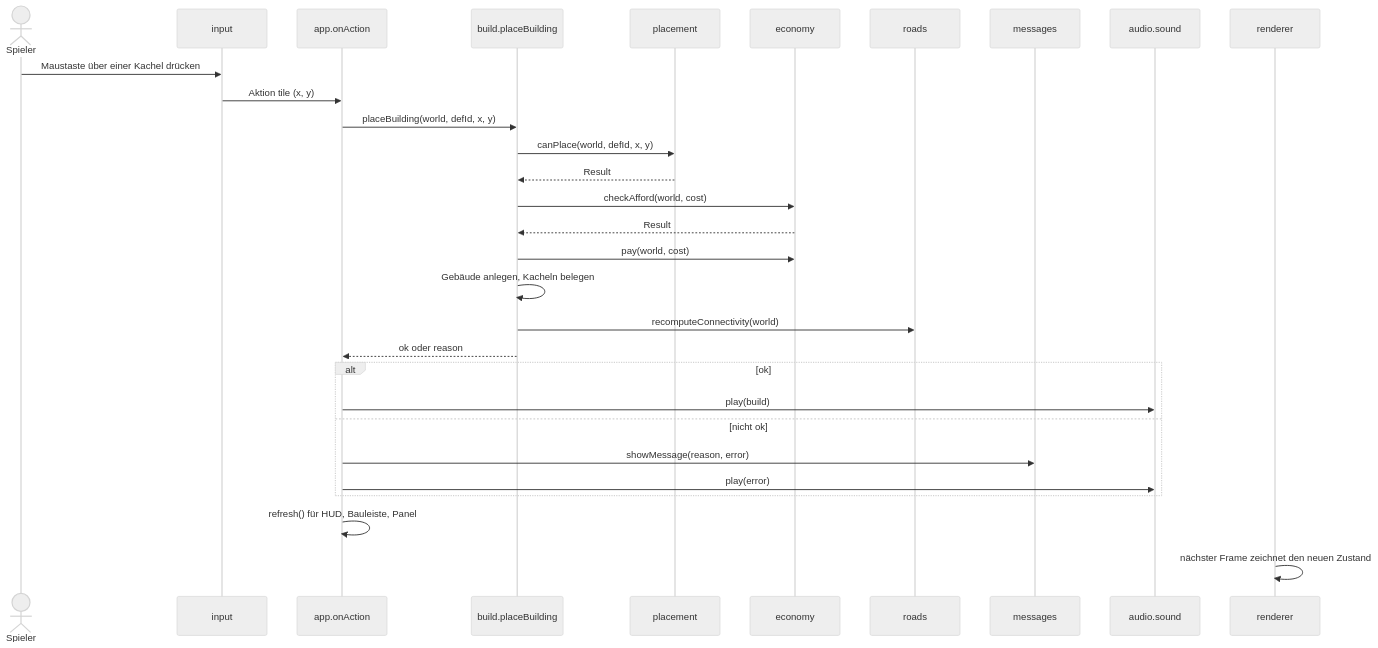
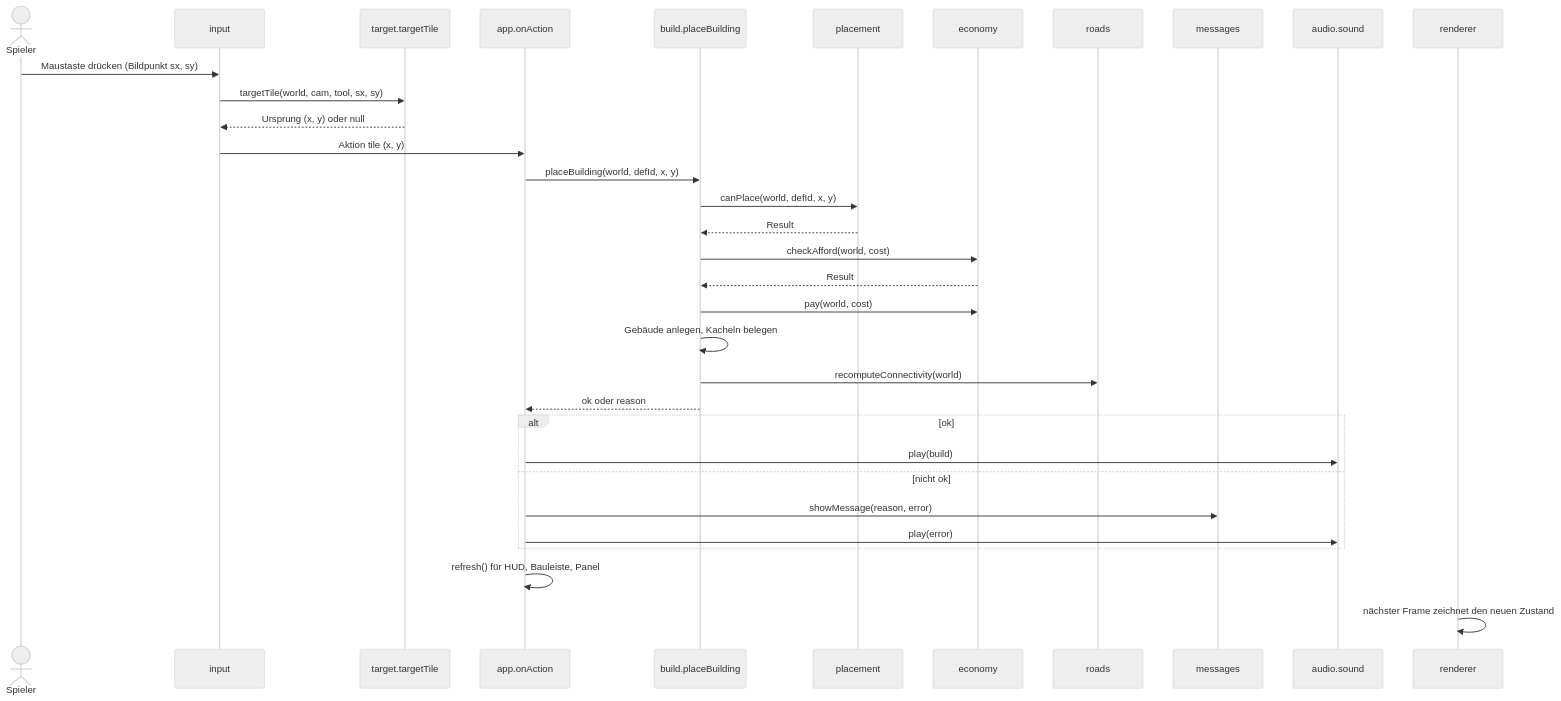
One commit to konstantinniedermann/Inselreich changed the sixth of 8 diagrams in docs/arc42.md. Above: the diagram before and after it, drawn with Mermaid (neutral theme). The commit also changed other lines of this file and 2 other files, not shown here.

````diff
--- a/docs/arc42.md
+++ b/docs/arc42.md
@@ -242,32 +325,35 @@
 ```mermaid
 sequenceDiagram
   actor S as Spieler
   participant In as input
+  participant Tg as target.targetTile
   participant App as app.onAction
   participant B as build.placeBuilding
   participant Pl as placement
   participant Ec as economy
   participant R as roads
   participant M as messages
   participant Snd as audio.sound
   participant Ren as renderer
-  S->>In: Maustaste über einer Kachel drücken
+  S->>In: Maustaste drücken (Bildpunkt sx, sy)
+  In->>Tg: targetTile(world, cam, tool, sx, sy)
+  Tg-->>In: Ursprung (x, y) oder null
   In->>App: Aktion tile (x, y)
   App->>B: placeBuilding(world, defId, x, y)
   B->>Pl: canPlace(world, defId, x, y)
   Pl-->>B: Result
   B->>Ec: checkAfford(world, cost)
   Ec-->>B: Result
   B->>Ec: pay(world, cost)
   B->>B: Gebäude anlegen, Kacheln belegen
   B->>R: recomputeConnectivity(world)
   B-->>App: ok oder reason
   alt ok
     App->>Snd: play(build)
   else nicht ok
     App->>M: showMessage(reason, error)
     App->>Snd: play(error)
   end
   App->>App: refresh() für HUD, Bauleiste, Panel
   Ren->>Ren: nächster Frame zeichnet den neuen Zustand
 ```
````
